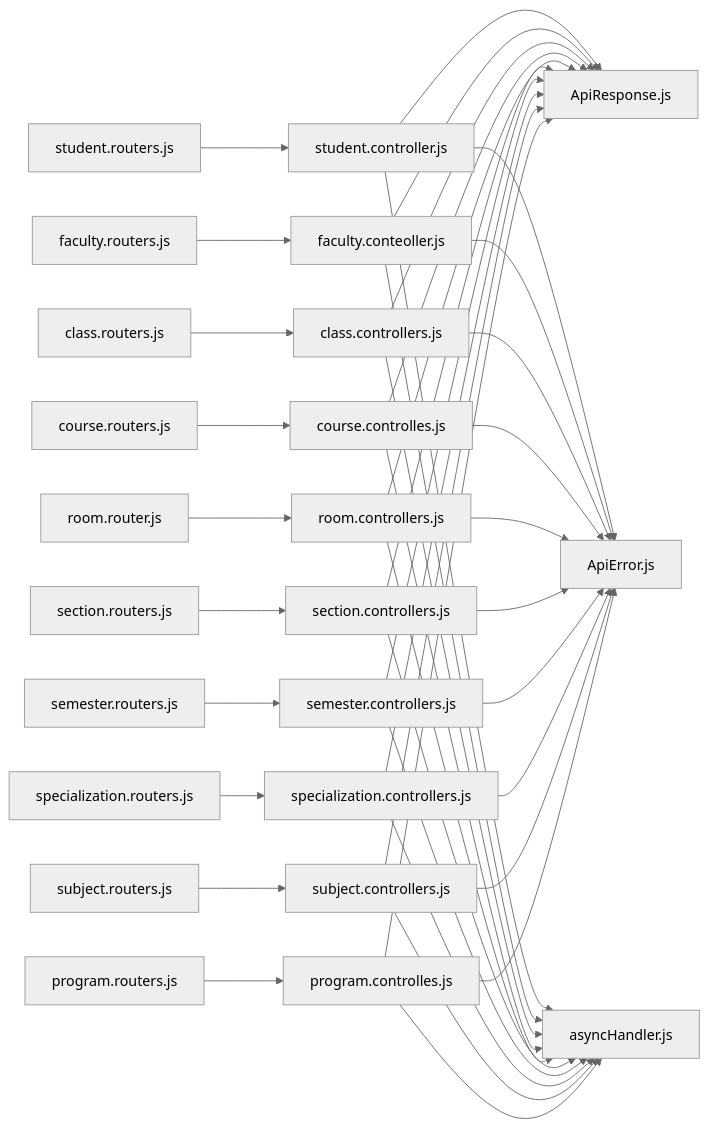
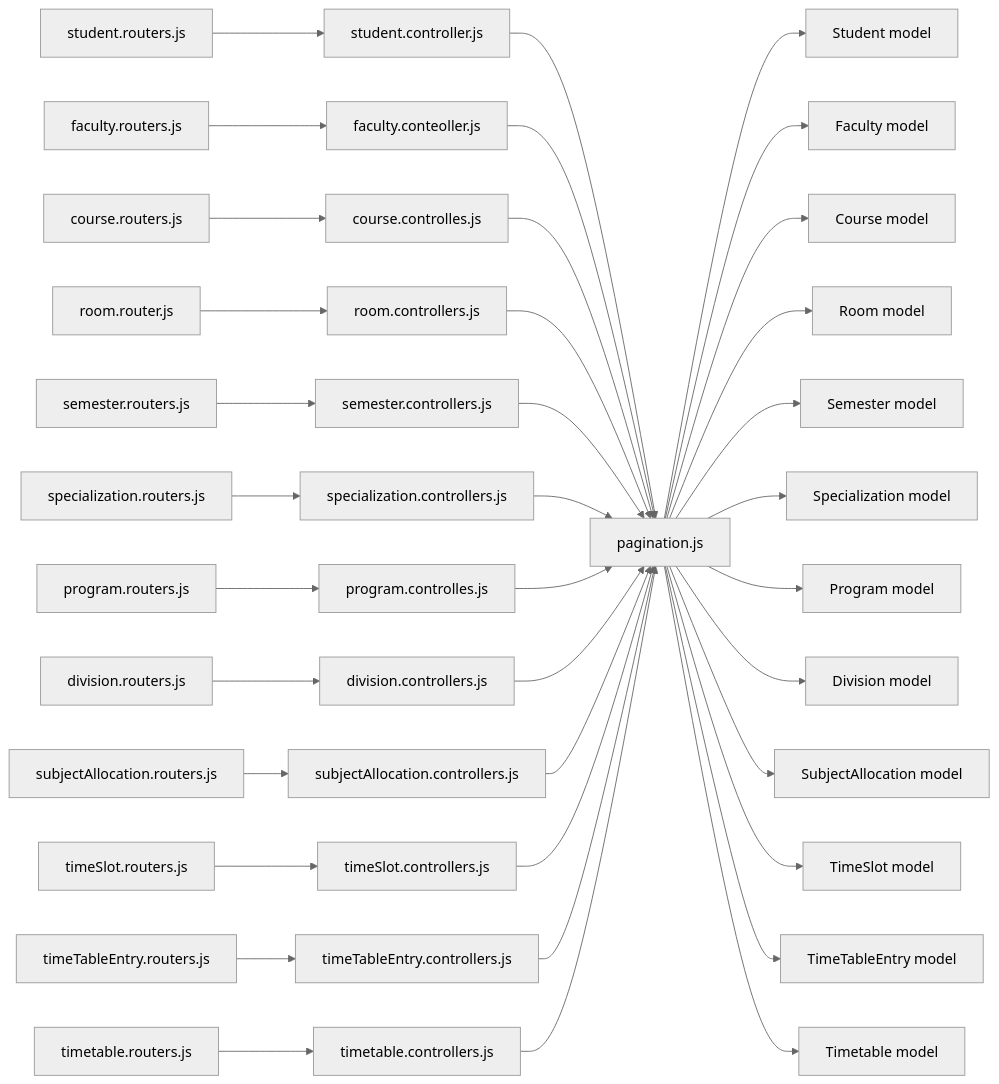
One commit to Aryan9060/Timetable-Project changed the third of 3 diagrams in .qoder/repowiki/en/content/API Reference/Master Data Endpoints/Master Data Endpoints.md. Above: the diagram before and after it, drawn with Mermaid (neutral theme). The commit also changed other lines of this file and 6 other files, not shown here.

````diff
--- a/.qoder/repowiki/en/content/API Reference/Master Data Endpoints/Master Data Endpoints.md
+++ b/.qoder/repowiki/en/content/API Reference/Master Data Endpoints/Master Data Endpoints.md
@@ -598,43 +695,39 @@
 ```mermaid
 graph LR
 RStu["student.routers.js"] --> CStu["student.controller.js"]
 RFac["faculty.routers.js"] --> CFac["faculty.conteoller.js"]
-RCls["class.routers.js"] --> CCls["class.controllers.js"]
 RCrs["course.routers.js"] --> CCrs["course.controlles.js"]
 RRm["room.router.js"] --> CRm["room.controllers.js"]
-RSct["section.routers.js"] --> CSct["section.controllers.js"]
 RSem["semester.routers.js"] --> CSem["semester.controllers.js"]
 RSpec["specialization.routers.js"] --> CSpec["specialization.controllers.js"]
-RSubj["subject.routers.js"] --> CSubj["subject.controllers.js"]
 RProg["program.routers.js"] --> CProg["program.controlles.js"]
-CStu --> U1["ApiResponse.js"]
-CStu --> U2["ApiError.js"]
-CStu --> U3["asyncHandler.js"]
-CFac --> U1
-CFac --> U2
-CFac --> U3
-CCls --> U1
-CCls --> U2
-CCls --> U3
-CCrs --> U1
-CCrs --> U2
-CCrs --> U3
-CRm --> U1
-CRm --> U2
-CRm --> U3
-CSct --> U1
-CSct --> U2
-CSct --> U3
-CSem --> U1
-CSem --> U2
-CSem --> U3
-CSpec --> U1
-CSpec --> U2
-CSpec --> U3
-CSubj --> U1
-CSubj --> U2
-CSubj --> U3
-CProg --> U1
-CProg --> U2
-CProg --> U3
+RDiv["division.routers.js"] --> CDiv["division.controllers.js"]
+RSubAlloc["subjectAllocation.routers.js"] --> CSubAlloc["subjectAllocation.controllers.js"]
+RTS["timeSlot.routers.js"] --> CTS["timeSlot.controllers.js"]
+RTTE["timeTableEntry.routers.js"] --> CTTE["timeTableEntry.controllers.js"]
+RTT["timetable.routers.js"] --> CRTT["timetable.controllers.js"]
+CStu --> UPag["pagination.js"]
+CFac --> UPag
+CCrs --> UPag
+CRm --> UPag
+CSem --> UPag
+CSpec --> UPag
+CProg --> UPag
+CDiv --> UPag
+CSubAlloc --> UPag
+CTS --> UPag
+CTTE --> UPag
+CRTT --> UPag
+UPag --> MStu["Student model"]
+UPag --> MFac["Faculty model"]
+UPag --> MCrs["Course model"]
+UPag --> MRm["Room model"]
+UPag --> MSem["Semester model"]
+UPag --> MSpec["Specialization model"]
+UPag --> MProg["Program model"]
+UPag --> MDiv["Division model"]
+UPag --> MSubAlloc["SubjectAllocation model"]
+UPag --> MTS["TimeSlot model"]
+UPag --> MTTE["TimeTableEntry model"]
+UPag --> MRTT["Timetable model"]
 ```
````
